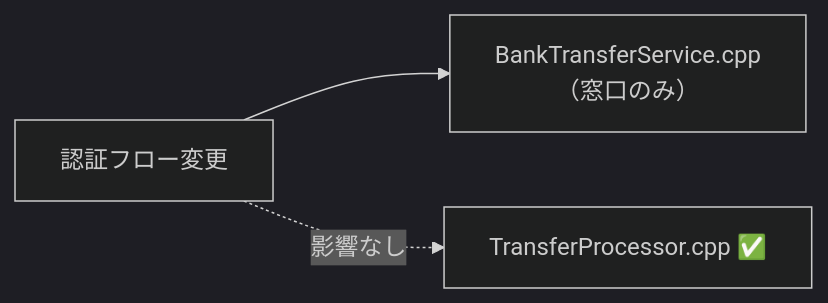
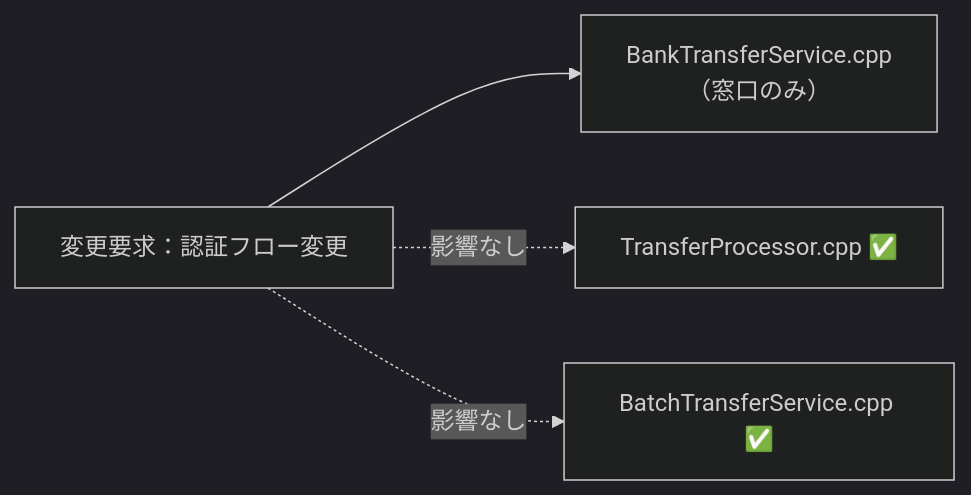
The fourth of 5 diagrams in kindle/design-patterns/output/chapter02.md (kumachan1101-pixel/DesignPattern), drawn with Mermaid (dark theme) before and after one commit. The commit also changed other lines of this file and 10 other files, not shown here.

````diff
--- a/kindle/design-patterns/output/chapter02.md
+++ b/kindle/design-patterns/output/chapter02.md
@@ -1254,6 +919,6 @@
 ```mermaid
 graph LR
-    T1["認証フロー変更"] --> F1["BankTransferService.cpp<br>（窓口のみ）"]
+    T1["変更要求：認証フロー変更"] --> F1["BankTransferService.cpp<br>（窓口のみ）"]
     T1 -. "影響なし" .-> A["TransferProcessor.cpp ✅"]
-
+    T1 -. "影響なし" .-> B["BatchTransferService.cpp ✅"]
 ```
````
